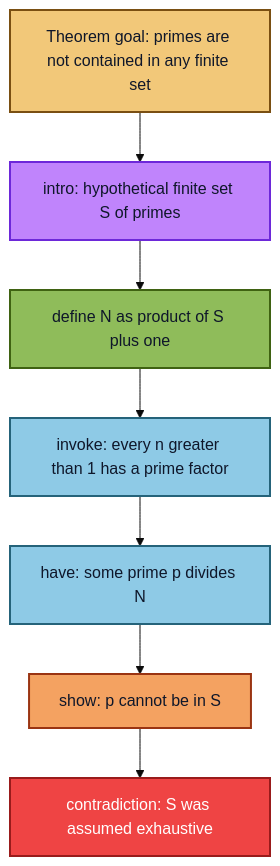
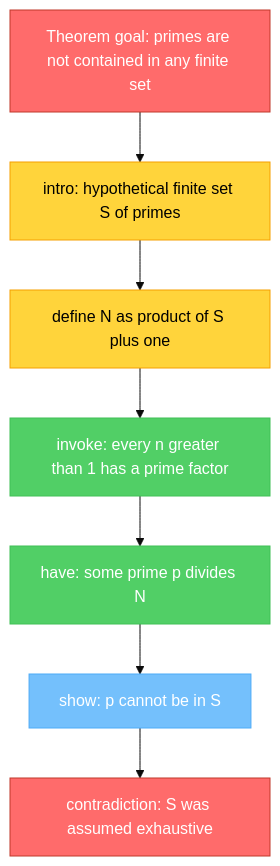
Before and after one commit to garywelz/progframe: the fourth of 8 diagrams in collaborations/mathematics-database/algorithms-axiomatic-theories-proofs-revised.md, drawn with Mermaid (base theme). The commit also changed other lines of this file and 10 other files, not shown here.

````diff
--- a/collaborations/mathematics-database/algorithms-axiomatic-theories-proofs-revised.md
+++ b/collaborations/mathematics-database/algorithms-axiomatic-theories-proofs-revised.md
@@ -300,23 +299,21 @@
 ```mermaid
 flowchart TD
     T["Theorem goal: primes are not contained in any finite set"]
     G1["intro: hypothetical finite set S of primes"]
     G2["define N as product of S plus one"]
     G3["invoke: every n greater than 1 has a prime factor"]
     G4["have: some prime p divides N"]
     G5["show: p cannot be in S"]
     G6["contradiction: S was assumed exhaustive"]
     T --> G1 --> G2 --> G3 --> G4 --> G5 --> G6
-    classDef proofSource fill:#f2c879,stroke:#7a4f12,color:#0f172a,stroke-width:2px
-    classDef proofAssumption fill:#c084fc,stroke:#6d28d9,color:#0f172a,stroke-width:2px
-    classDef proofConstruction fill:#8fbc5a,stroke:#3f6212,color:#0f172a,stroke-width:2px
-    classDef proofAssertion fill:#8ecae6,stroke:#25637a,color:#0f172a,stroke-width:2px
-    classDef proofInference fill:#f4a261,stroke:#9a3412,color:#0f172a,stroke-width:2px
-    classDef proofContradiction fill:#ef4444,stroke:#991b1b,color:#ffffff,stroke-width:2px
-    class T proofSource
-    class G1 proofAssumption
-    class G2 proofConstruction
-    class G3,G4 proofAssertion
-    class G5 proofInference
-    class G6 proofContradiction
+    classDef red fill:#ff6b6b,color:#fff,stroke:#c0392b
+    classDef yellow fill:#ffd43b,color:#000,stroke:#f59f00
+    classDef green fill:#51cf66,color:#fff,stroke:#40c057
+    classDef lightblue fill:#74c0fc,color:#fff,stroke:#4dabf7
+    class T red
+    class G1 yellow
+    class G2 yellow
+    class G3,G4 green
+    class G5 lightblue
+    class G6 red
 ```
````
